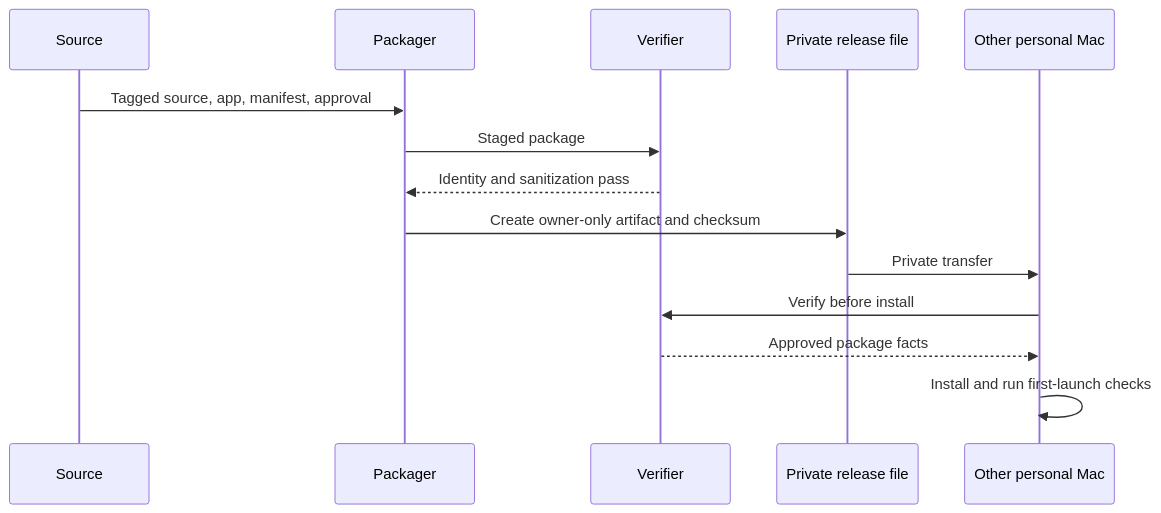
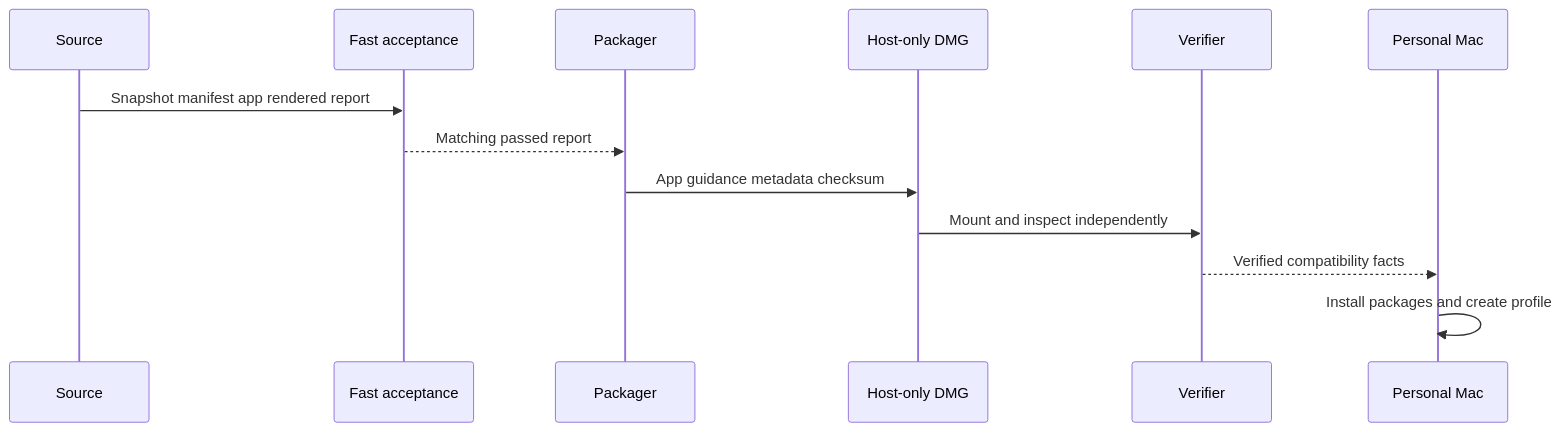
The diagram in wiki/flows/package-and-transfer-private-release.md (alexwck/dbcode-wrapper), drawn with Mermaid before and after one commit. The commit also changed other lines of this file and 29 other files, not shown here.

First line of the commit message:
docs(wiki): refresh fast wrapper release guide

````diff
--- a/wiki/flows/package-and-transfer-private-release.md
+++ b/wiki/flows/package-and-transfer-private-release.md
@@ -24,16 +24,15 @@
 ```mermaid
 sequenceDiagram
   participant Source
+  participant Accept as Fast acceptance
   participant Packager
+  participant Image as Host-only DMG
   participant Verifier
-  participant Release as Private release file
-  participant Target as Other personal Mac
-  Source->>Packager: Tagged source, app, manifest, approval
-  Packager->>Verifier: Staged package
-  Verifier-->>Packager: Identity and sanitization pass
-  Packager->>Release: Create owner-only artifact and checksum
-  Release->>Target: Private transfer
-  Target->>Verifier: Verify before install
-  Verifier-->>Target: Approved package facts
-  Target->>Target: Install and run first-launch checks
+  participant Target as Personal Mac
+  Source->>Accept: Snapshot manifest app rendered report
+  Accept-->>Packager: Matching passed report
+  Packager->>Image: App guidance metadata checksum
+  Image->>Verifier: Mount and inspect independently
+  Verifier-->>Target: Verified compatibility facts
+  Target->>Target: Install packages and create profile
 ```
````
